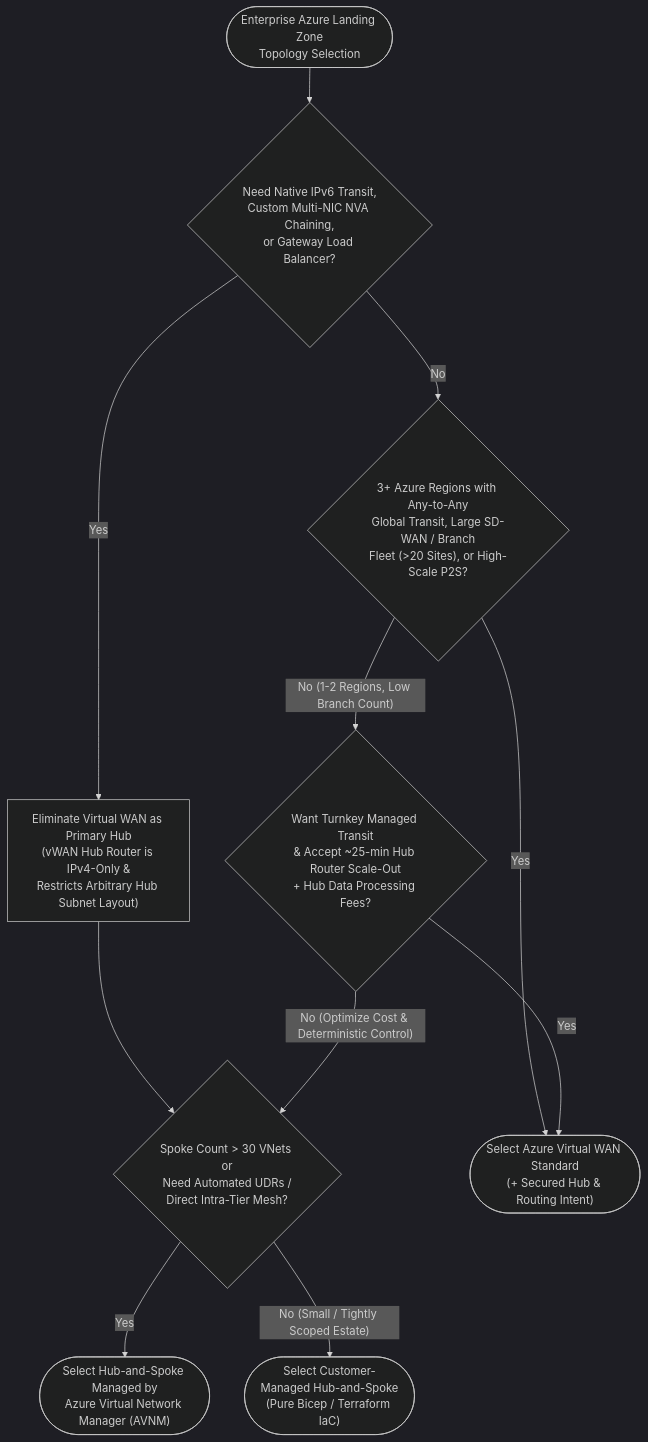
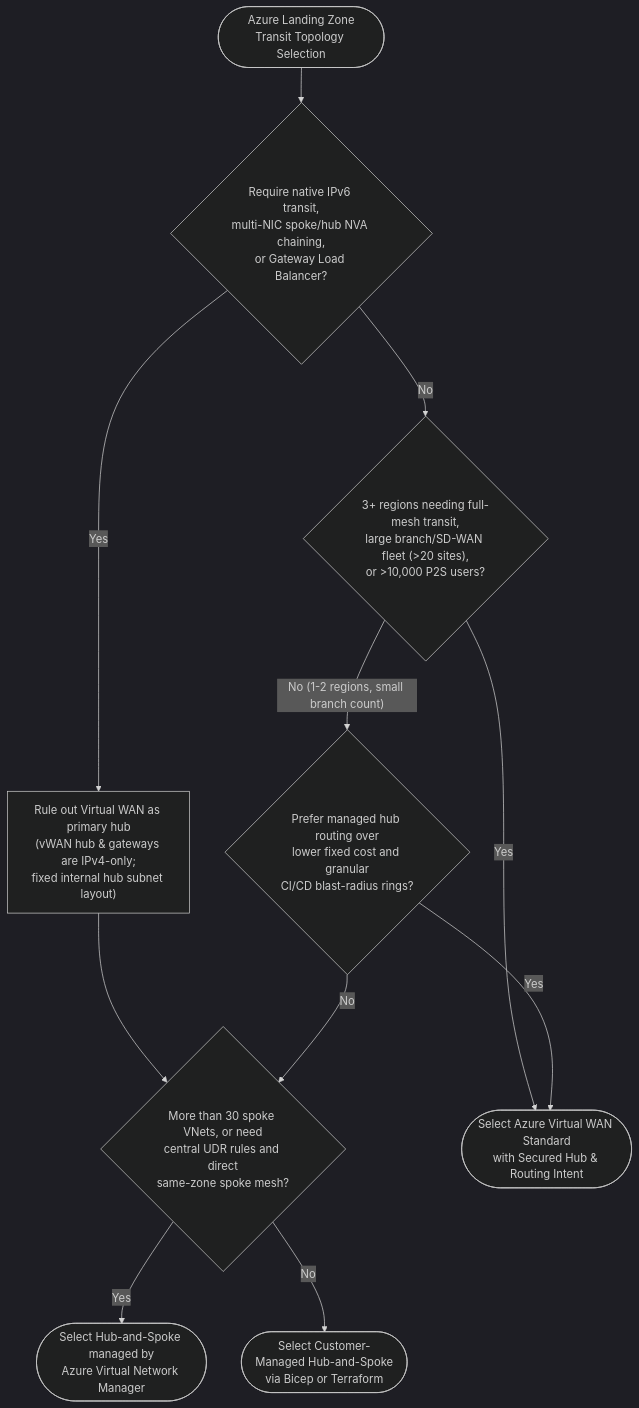
Before and after one commit to jonathan-vella/azure-networking: the diagram in src/content/docs/02-core-topologies/hub-spoke-vs-vwan.md, drawn with Mermaid (dark theme). The commit also changed other lines of this file and 5 other files, not shown here.

````diff
--- a/src/content/docs/02-core-topologies/hub-spoke-vs-vwan.md
+++ b/src/content/docs/02-core-topologies/hub-spoke-vs-vwan.md
@@ -22,18 +22,18 @@
 ```mermaid
 flowchart TD
-  Start(["Enterprise Azure Landing Zone<br/>Topology Selection"]) --> Q1{"Need Native IPv6 Transit,<br/>Custom Multi-NIC NVA Chaining,<br/>or Gateway Load Balancer?"}
+  Start(["Azure Landing Zone<br/>Transit Topology Selection"]) --> Q1{"Require native IPv6 transit,<br/>multi-NIC spoke/hub NVA chaining,<br/>or Gateway Load Balancer?"}
 
-  Q1 -- "Yes" --> NotVWAN["Eliminate Virtual WAN as Primary Hub<br/>(vWAN Hub Router is IPv4-Only &<br/>Restricts Arbitrary Hub Subnet Layout)"]
-  NotVWAN --> Q2{"Spoke Count > 30 VNets or<br/>Need Automated UDRs /<br/>Direct Intra-Tier Mesh?"}
+  Q1 -- "Yes" --> NotVWAN["Rule out Virtual WAN as primary hub<br/>(vWAN hub & gateways are IPv4-only;<br/>fixed internal hub subnet layout)"]
+  NotVWAN --> Q2{"More than 30 spoke VNets, or need<br/>central UDR rules and direct<br/>same-zone spoke mesh?"}
 
-  Q1 -- "No" --> Q3{"3+ Azure Regions with Any-to-Any<br/>Global Transit, Large SD-WAN / Branch<br/>Fleet (>20 Sites), or High-Scale P2S?"}
+  Q1 -- "No" --> Q3{"3+ regions needing full-mesh transit,<br/>large branch/SD-WAN fleet (>20 sites),<br/>or >10,000 P2S users?"}
 
-  Q3 -- "Yes" --> VWAN(["Select Azure Virtual WAN Standard<br/>(+ Secured Hub & Routing Intent)"])
-  Q3 -- "No (1-2 Regions, Low Branch Count)" --> Q4{"Want Turnkey Managed Transit<br/>& Accept ~25-min Hub Router Scale-Out<br/>+ Hub Data Processing Fees?"}
+  Q3 -- "Yes" --> VWAN(["Select Azure Virtual WAN Standard<br/>with Secured Hub & Routing Intent"])
+  Q3 -- "No (1-2 regions, small branch count)" --> Q4{"Prefer managed hub routing over<br/>lower fixed cost and granular<br/>CI/CD blast-radius rings?"}
 
   Q4 -- "Yes" --> VWAN
-  Q4 -- "No (Optimize Cost & Deterministic Control)" --> Q2
+  Q4 -- "No" --> Q2
 
-  Q2 -- "Yes" --> AVNM(["Select Hub-and-Spoke Managed by<br/>Azure Virtual Network Manager (AVNM)"])
-  Q2 -- "No (Small / Tightly Scoped Estate)" --> DIY(["Select Customer-Managed Hub-and-Spoke<br/>(Pure Bicep / Terraform IaC)"])
+  Q2 -- "Yes" --> AVNM(["Select Hub-and-Spoke managed by<br/>Azure Virtual Network Manager"])
+  Q2 -- "No" --> DIY(["Select Customer-Managed Hub-and-Spoke<br/>via Bicep or Terraform"])
 ```
````
